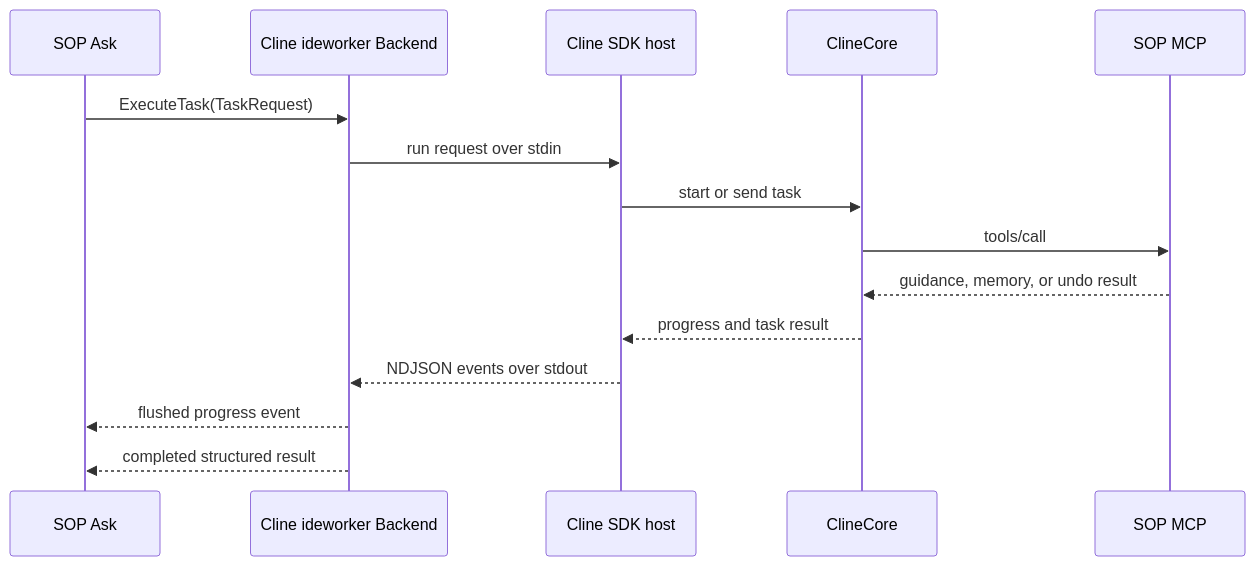
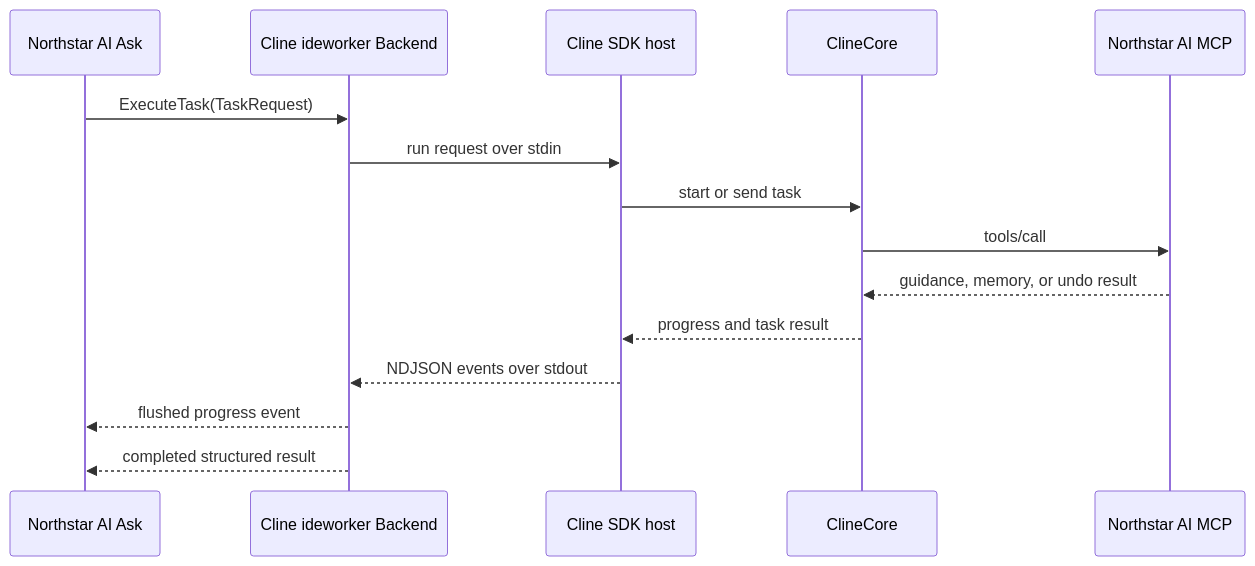
Before and after one commit to grecinto/sop: the third of 4 diagrams in src/docs-site/docs/sdk/coding-agent-integrations.md, drawn with Mermaid. The commit also changed other lines of this file and 50 other files, not shown here.

````diff
--- a/src/docs-site/docs/sdk/coding-agent-integrations.md
+++ b/src/docs-site/docs/sdk/coding-agent-integrations.md
@@ -80,17 +80,17 @@
 ```mermaid
 sequenceDiagram
-  participant Ask as SOP Ask
+  participant Ask as Northstar AI Ask
   participant Backend as Cline ideworker Backend
   participant Host as Cline SDK host
   participant Core as ClineCore
-  participant MCP as SOP MCP
+  participant MCP as Northstar AI MCP
   Ask->>Backend: ExecuteTask(TaskRequest)
   Backend->>Host: run request over stdin
   Host->>Core: start or send task
   Core->>MCP: tools/call
   MCP-->>Core: guidance, memory, or undo result
   Core-->>Host: progress and task result
   Host-->>Backend: NDJSON events over stdout
   Backend-->>Ask: flushed progress event
   Backend-->>Ask: completed structured result
 ```
````
